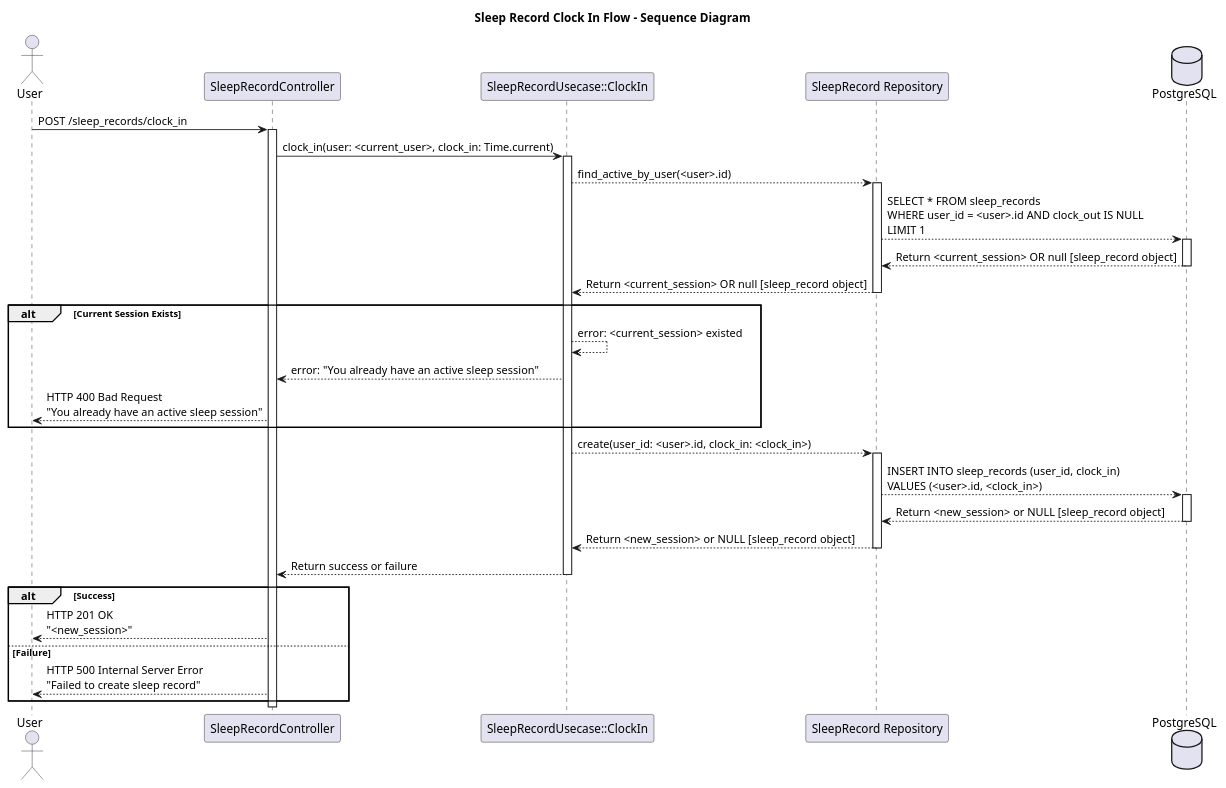
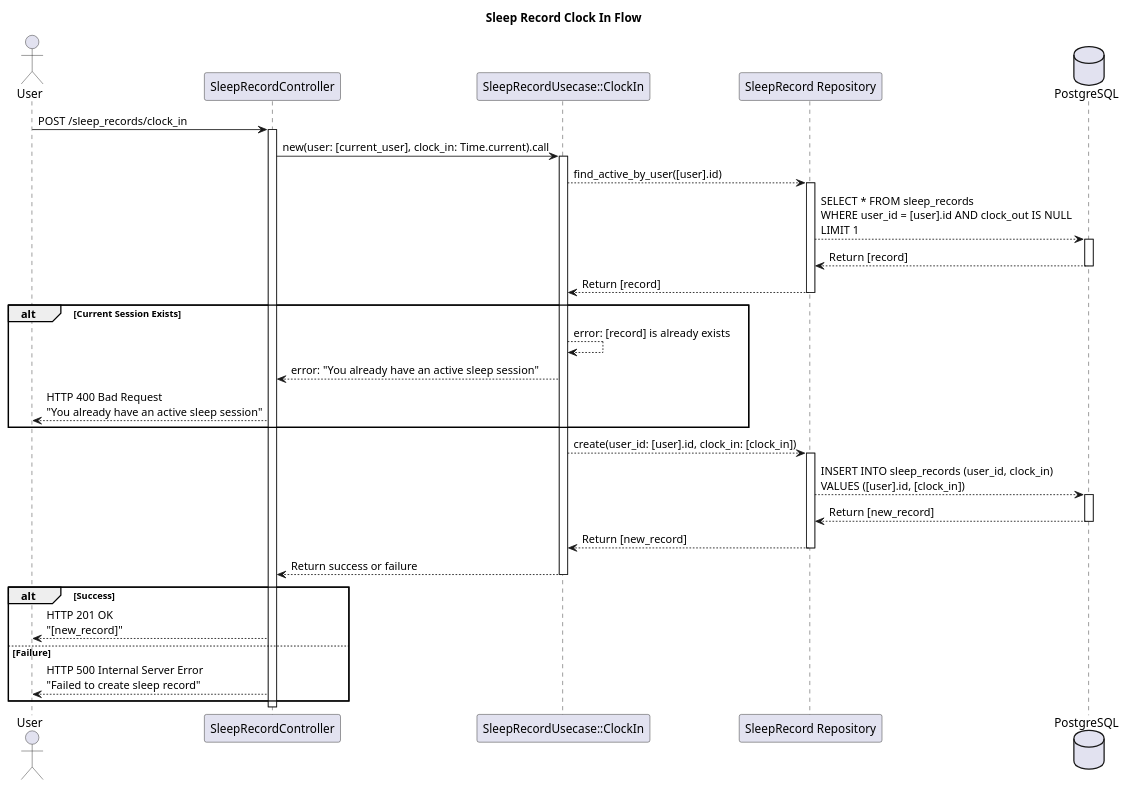
Before and after one commit to wisnuaga/good-night: the diagram in docs/diagram/SleepRecordClockInFlow.plantuml, drawn with PlantUML. The commit also changed 5 other files, not shown here.

Commit message:
Refactor: fix consistancy on diagram

```diff
--- a/docs/diagram/SleepRecordClockInFlow.plantuml
+++ b/docs/diagram/SleepRecordClockInFlow.plantuml
@@ -1,50 +1,50 @@
 @startuml SleepRecordClockInFlow
-title Sleep Record Clock In Flow - Sequence Diagram
+title Sleep Record Clock In Flow
 
 ' Define actors and components
 actor User
 participant "SleepRecordController" as Controller
 participant "SleepRecordUsecase::ClockIn" as Usecase
 participant "SleepRecord Repository" as Repository
 database "PostgreSQL" as DB
 
 User -> Controller: POST /sleep_records/clock_in
 activate Controller
 
-Controller -> Usecase: clock_in(user: <current_user>, clock_in: Time.current)
+Controller -> Usecase: new(user: [current_user], clock_in: Time.current).call
 activate Usecase
 
-Usecase --> Repository: find_active_by_user(<user>.id)
+Usecase --> Repository: find_active_by_user([user].id)
 activate Repository
-Repository --> DB: SELECT * FROM sleep_records \nWHERE user_id = <user>.id AND clock_out IS NULL \nLIMIT 1
+Repository --> DB: SELECT * FROM sleep_records \nWHERE user_id = [user].id AND clock_out IS NULL \nLIMIT 1
 activate DB
-DB --> Repository: Return <current_session> OR null [sleep_record object]
+DB --> Repository: Return [record]
 deactivate DB
-Repository --> Usecase: Return <current_session> OR null [sleep_record object]
+Repository --> Usecase: Return [record]
 deactivate Repository
 
 alt Current Session Exists
-    Usecase --> Usecase: error: <current_session> existed
+    Usecase --> Usecase: error: [record] is already exists
     Usecase --> Controller: error: "You already have an active sleep session"
     Controller --> User: HTTP 400 Bad Request\n"You already have an active sleep session"
 end
 
-Usecase --> Repository: create(user_id: <user>.id, clock_in: <clock_in>)
+Usecase --> Repository: create(user_id: [user].id, clock_in: [clock_in])
 activate Repository
-Repository --> DB: INSERT INTO sleep_records (user_id, clock_in)\nVALUES (<user>.id, <clock_in>)
+Repository --> DB: INSERT INTO sleep_records (user_id, clock_in)\nVALUES ([user].id, [clock_in])
 activate DB
-DB --> Repository: Return <new_session> or NULL [sleep_record object]
+DB --> Repository: Return [new_record]
 deactivate DB
-Repository --> Usecase: Return <new_session> or NULL [sleep_record object]
+Repository --> Usecase: Return [new_record]
 deactivate Repository
 Usecase --> Controller: Return success or failure
 deactivate Usecase
 
 alt Success    
-    Controller --> User: HTTP 201 OK\n"<new_session>"
+    Controller --> User: HTTP 201 OK\n"[new_record]"
 else Failure
     Controller --> User: HTTP 500 Internal Server Error\n"Failed to create sleep record"
 end
 deactivate Controller
 
 @enduml
```
